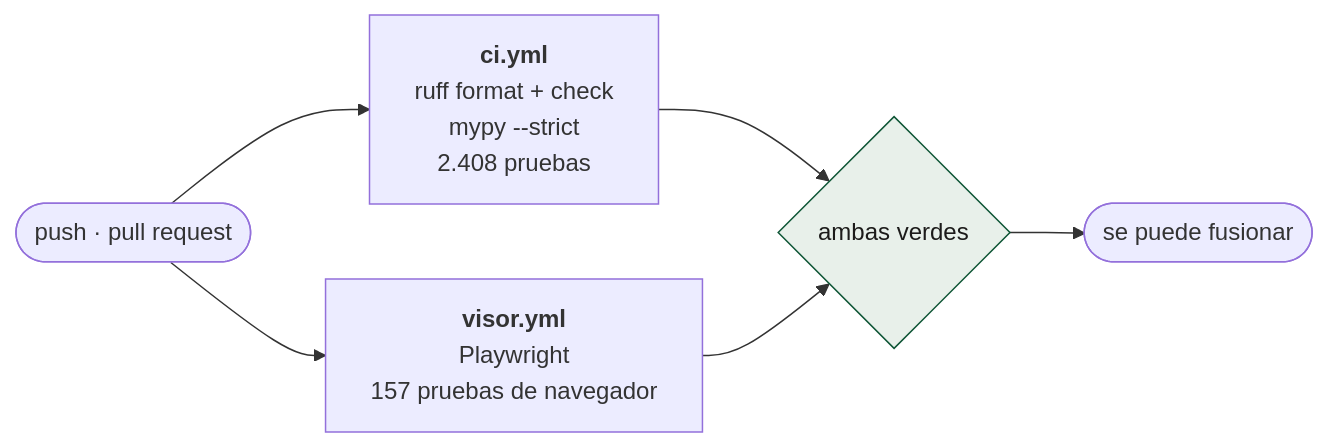
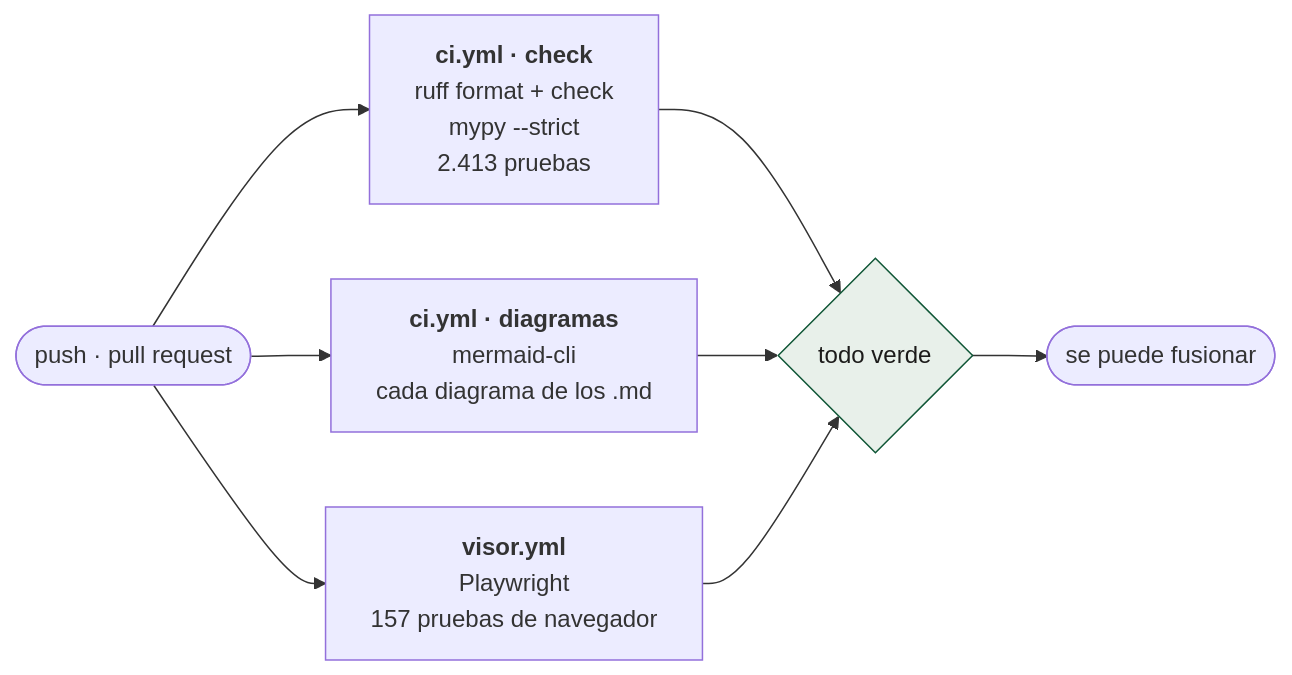
One commit to sforero77/CENTINELA changed the third of 3 diagrams in docs/acciones/mantenimiento.md. Above: the diagram before and after it, drawn with Mermaid. The commit also changed other lines of this file and 8 other files, not shown here.

````diff
--- a/docs/acciones/mantenimiento.md
+++ b/docs/acciones/mantenimiento.md
@@ -170,10 +170,12 @@
 ```mermaid
 flowchart LR
-  PR(["push · pull request"]) --> CI["<b>ci.yml</b><br/>ruff format + check<br/>mypy --strict<br/>2.408 pruebas"]
+  PR(["push · pull request"]) --> CI["<b>ci.yml · check</b><br/>ruff format + check<br/>mypy --strict<br/>2.413 pruebas"]
+  PR --> DIAG["<b>ci.yml · diagramas</b><br/>mermaid-cli<br/>cada diagrama de los .md"]
   PR --> VIS["<b>visor.yml</b><br/>Playwright<br/>157 pruebas de navegador"]
-  CI --> M{"ambas verdes"}
+  CI --> M{"todo verde"}
+  DIAG --> M
   VIS --> M
   M --> MERGE(["se puede fusionar"])
 
   style M fill:#e8f0ea,stroke:#0f5636,color:#1c1b1a
 ```
````
